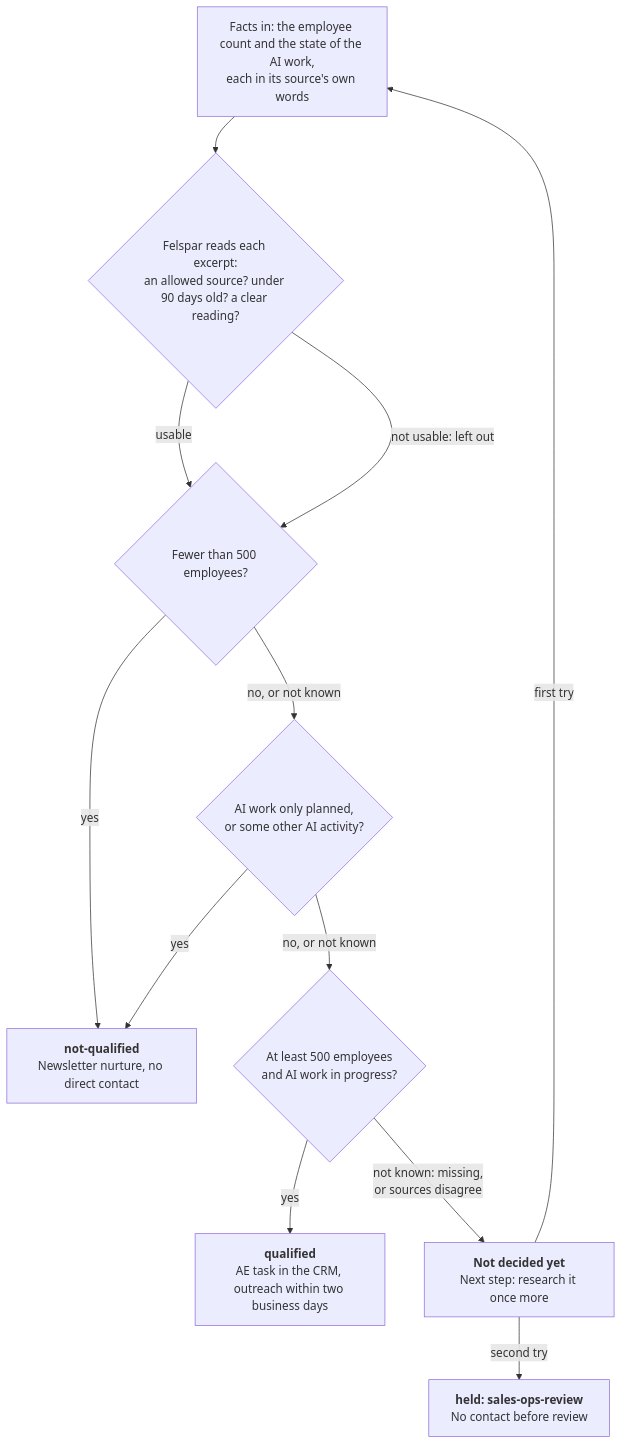
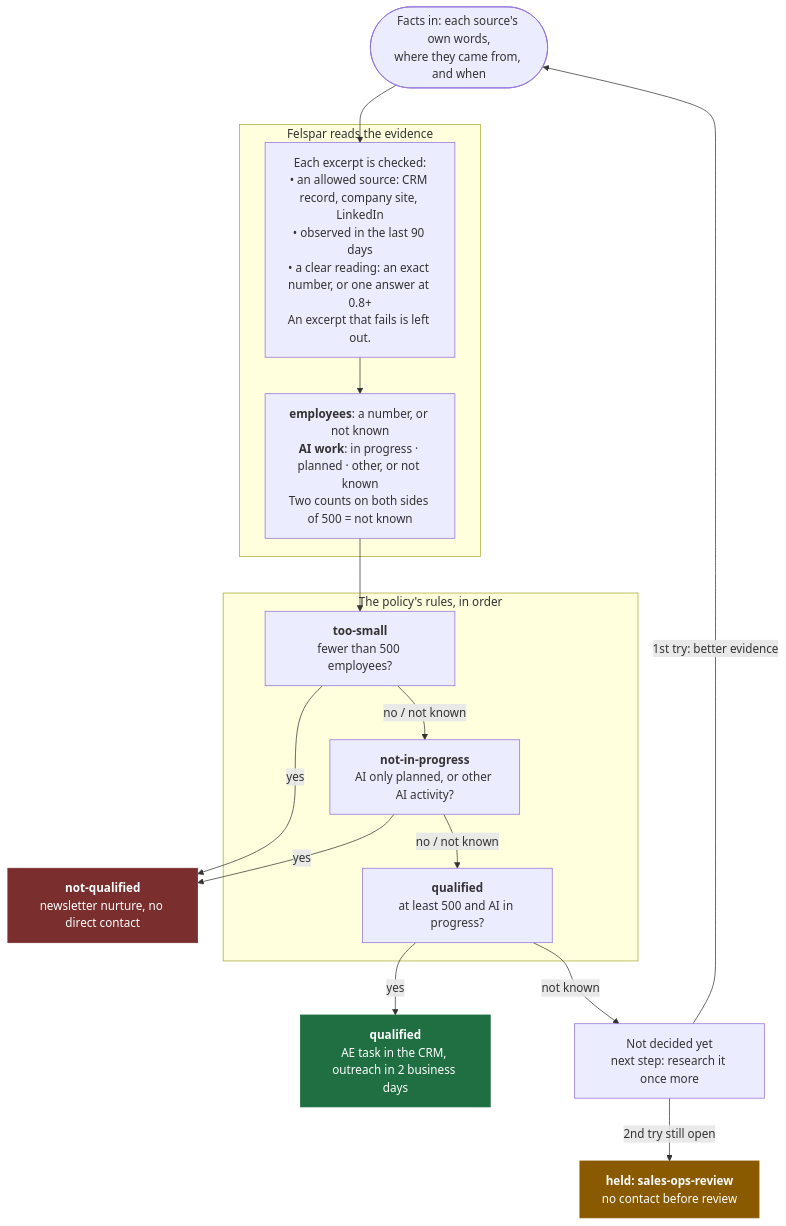
The second of 2 diagrams in crm-and-agent/README.md (orchidautomation/felspar-examples), drawn with Mermaid before and after one commit. The commit also changed other lines of this file, not shown here.

Commit message:
crm-and-agent: show the whole loop and how one decision is made

````diff
--- a/crm-and-agent/README.md
+++ b/crm-and-agent/README.md
@@ -30,24 +60,34 @@
 ```mermaid
 flowchart TD
-  facts["Facts in: the employee count and the state of the AI work,<br/>each in its source's own words"]
-  read{"Felspar reads each excerpt:<br/>an allowed source? under 90 days old? a clear reading?"}
-  small{"Fewer than 500 employees?"}
-  plan{"AI work only planned,<br/>or some other AI activity?"}
-  both{"At least 500 employees<br/>and AI work in progress?"}
-  no["<b>not-qualified</b><br/>Newsletter nurture, no direct contact"]
-  yes["<b>qualified</b><br/>AE task in the CRM, outreach within two business days"]
-  open["<b>Not decided yet</b><br/>Next step: research it once more"]
-  esc["<b>held: sales-ops-review</b><br/>No contact before review"]
-
-  facts --> read
-  read -- "usable" --> small
-  read -- "not usable: left out" --> small
-  small -- "yes" --> no
-  small -- "no, or not known" --> plan
-  plan -- "yes" --> no
-  plan -- "no, or not known" --> both
-  both -- "yes" --> yes
-  both -- "not known: missing,<br/>or sources disagree" --> open
-  open -- "first try" --> facts
-  open -- "second try" --> esc
+  facts(["Facts in: each source's own words,<br/>where they came from, and when"])
+  subgraph read["Felspar reads the evidence"]
+    checks["Each excerpt is checked:<br/>• an allowed source: CRM record, company site, LinkedIn<br/>• observed in the last 90 days<br/>• a clear reading: an exact number, or one answer at 0.8+<br/>An excerpt that fails is left out."]
+    known["<b>employees</b>: a number, or not known<br/><b>AI work</b>: in progress · planned · other, or not known<br/>Two counts on both sides of 500 = not known"]
+    checks --> known
+  end
+  subgraph rules["The policy's rules, in order"]
+    r1["<b>too-small</b><br/>fewer than 500 employees?"]
+    r2["<b>not-in-progress</b><br/>AI only planned, or other AI activity?"]
+    r3["<b>qualified</b><br/>at least 500 and AI in progress?"]
+  end
+  retry["Not decided yet<br/>next step: research it once more"]
+  no["<b>not-qualified</b><br/>newsletter nurture, no direct contact"]
+  yes["<b>qualified</b><br/>AE task in the CRM, outreach in 2 business days"]
+  held["<b>held: sales-ops-review</b><br/>no contact before review"]
+  facts --> checks
+  known --> r1
+  r1 -- "yes" --> no
+  r1 -- "no / not known" --> r2
+  r2 -- "yes" --> no
+  r2 -- "no / not known" --> r3
+  r3 -- "yes" --> yes
+  r3 -- "not known" --> retry
+  retry -- "1st try: better evidence" --> facts
+  retry -- "2nd try still open" --> held
+  classDef q fill:#1f6f43,stroke:#1f6f43,color:#fff
+  classDef n fill:#7a2e2e,stroke:#7a2e2e,color:#fff
+  classDef h fill:#8a5a00,stroke:#8a5a00,color:#fff
+  class yes q
+  class no n
+  class held h
 ```
````
